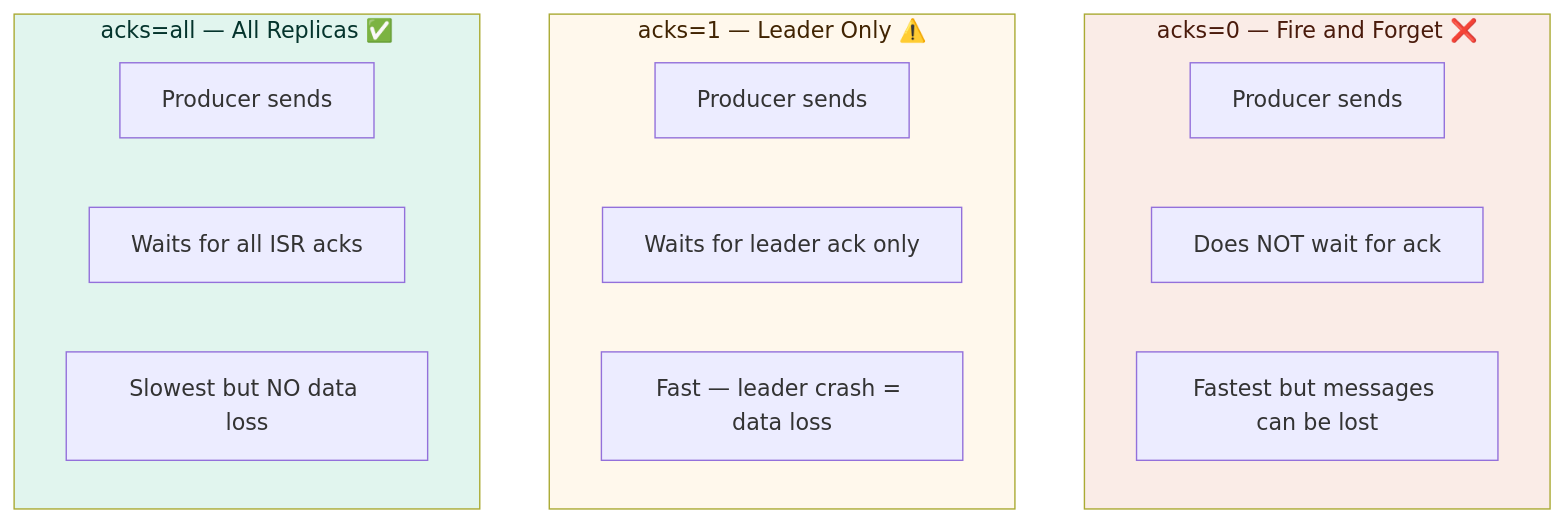
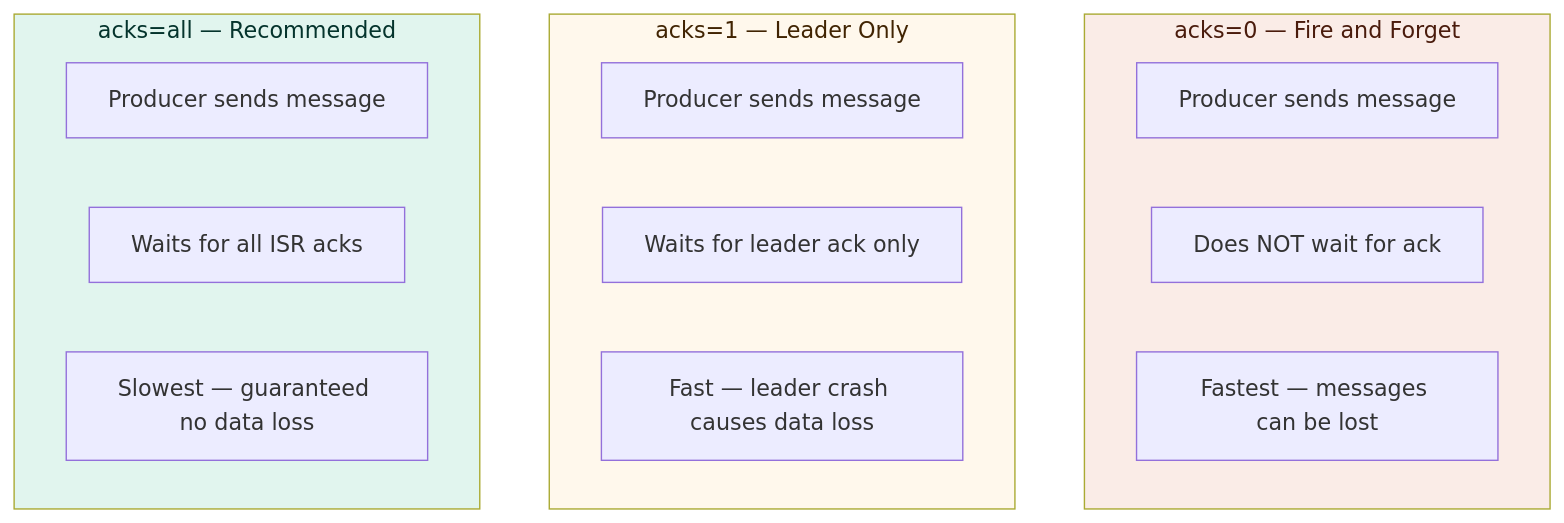
One commit to rahulsaxena23-code/best-practice changed the fifth of 18 diagrams in kakfa/kafka_best_practices.md. Above: the diagram before and after it, drawn with Mermaid. The commit also changed other lines of this file, not shown here.

````diff
--- a/kakfa/kafka_best_practices.md
+++ b/kakfa/kafka_best_practices.md
@@ -240,22 +194,22 @@
 ```mermaid
-graph TD
-    subgraph acks0["acks=0 — Fire and Forget ❌"]
-        A1[Producer sends]
+flowchart TD
+    subgraph acks0["acks=0 — Fire and Forget"]
+        A1[Producer sends message]
         A2[Does NOT wait for ack]
-        A3[Fastest but messages can be lost]
+        A3[Fastest — messages can be lost]
     end
-    subgraph acks1["acks=1 — Leader Only ⚠️"]
-        B1[Producer sends]
+    subgraph acks1["acks=1 — Leader Only"]
+        B1[Producer sends message]
         B2[Waits for leader ack only]
-        B3[Fast — leader crash = data loss]
+        B3[Fast — leader crash causes data loss]
     end
-    subgraph acksAll["acks=all — All Replicas ✅"]
-        C1[Producer sends]
+    subgraph acksAll["acks=all — Recommended"]
+        C1[Producer sends message]
         C2[Waits for all ISR acks]
-        C3[Slowest but NO data loss]
+        C3[Slowest — guaranteed no data loss]
     end
 
     style acks0 fill:#FAECE7,color:#4A1B0C
     style acks1 fill:#FFF8EC,color:#412402
     style acksAll fill:#E1F5EE,color:#04342C
 ```
````
